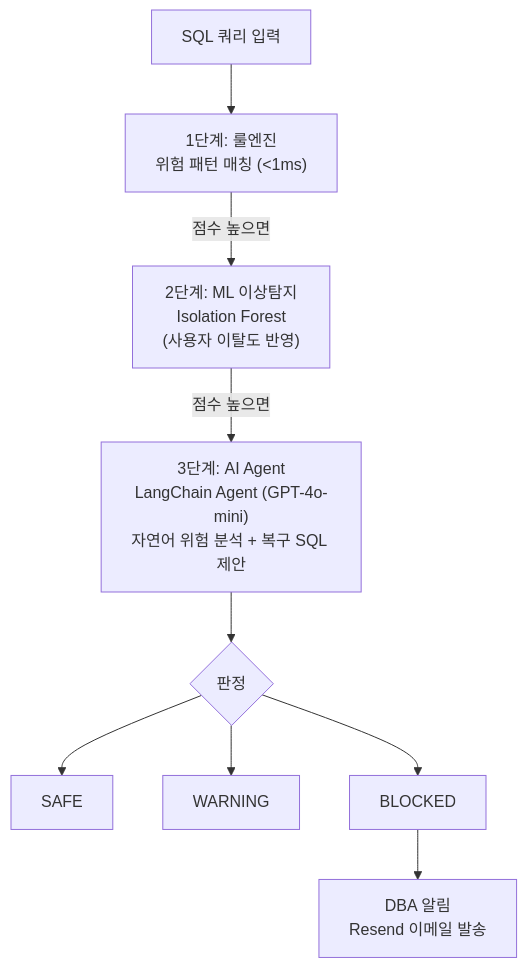
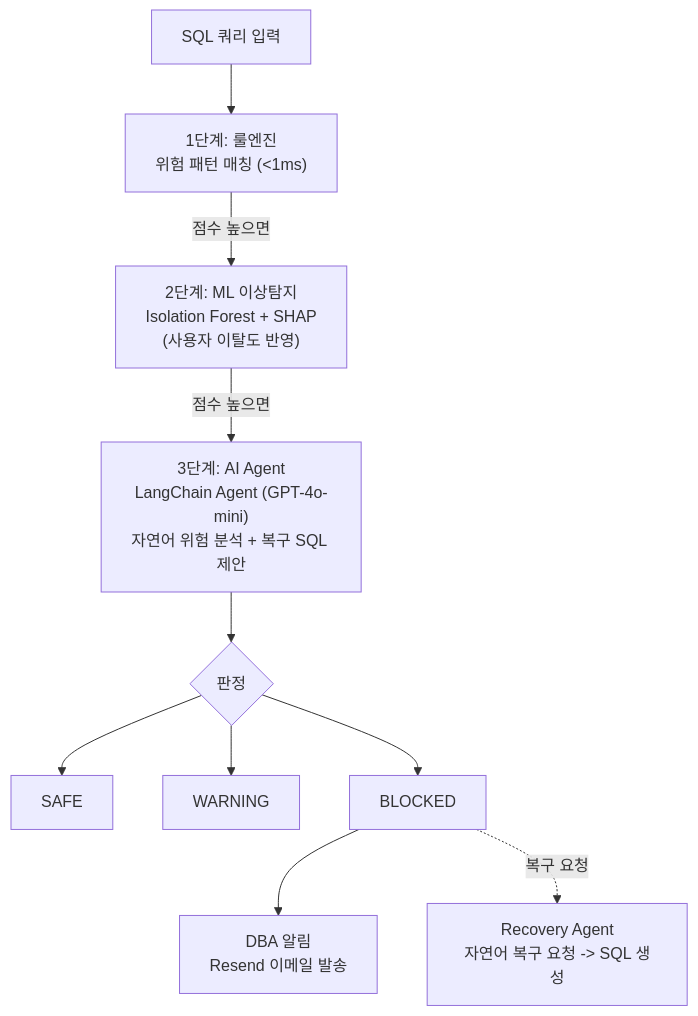
The fourth of 5 diagrams in README.md (ASNGG/cafe24-demo), drawn with Mermaid before and after one commit. The commit also changed other lines of this file and 5 other files, not shown here.

````diff
--- a/README.md
+++ b/README.md
@@ -259,21 +283,23 @@
 ```mermaid
 flowchart TD
     A["SQL 쿼리 입력"]
     B["1단계: 룰엔진<br/>위험 패턴 매칭 (<1ms)"]
-    C["2단계: ML 이상탐지<br/>Isolation Forest<br/>(사용자 이탈도 반영)"]
+    C["2단계: ML 이상탐지<br/>Isolation Forest + SHAP<br/>(사용자 이탈도 반영)"]
     D["3단계: AI Agent<br/>LangChain Agent (GPT-4o-mini)<br/>자연어 위험 분석 + 복구 SQL 제안"]
     E{"판정"}
     F["SAFE"]
     G["WARNING"]
     H["BLOCKED"]
     I["DBA 알림<br/>Resend 이메일 발송"]
+    J["Recovery Agent<br/>자연어 복구 요청 -> SQL 생성"]
 
     A --> B
     B -->|"점수 높으면"| C
     C -->|"점수 높으면"| D
     D --> E
     E --> F
     E --> G
     E --> H
     H --> I
+    H -.->|"복구 요청"| J
 ```
````
